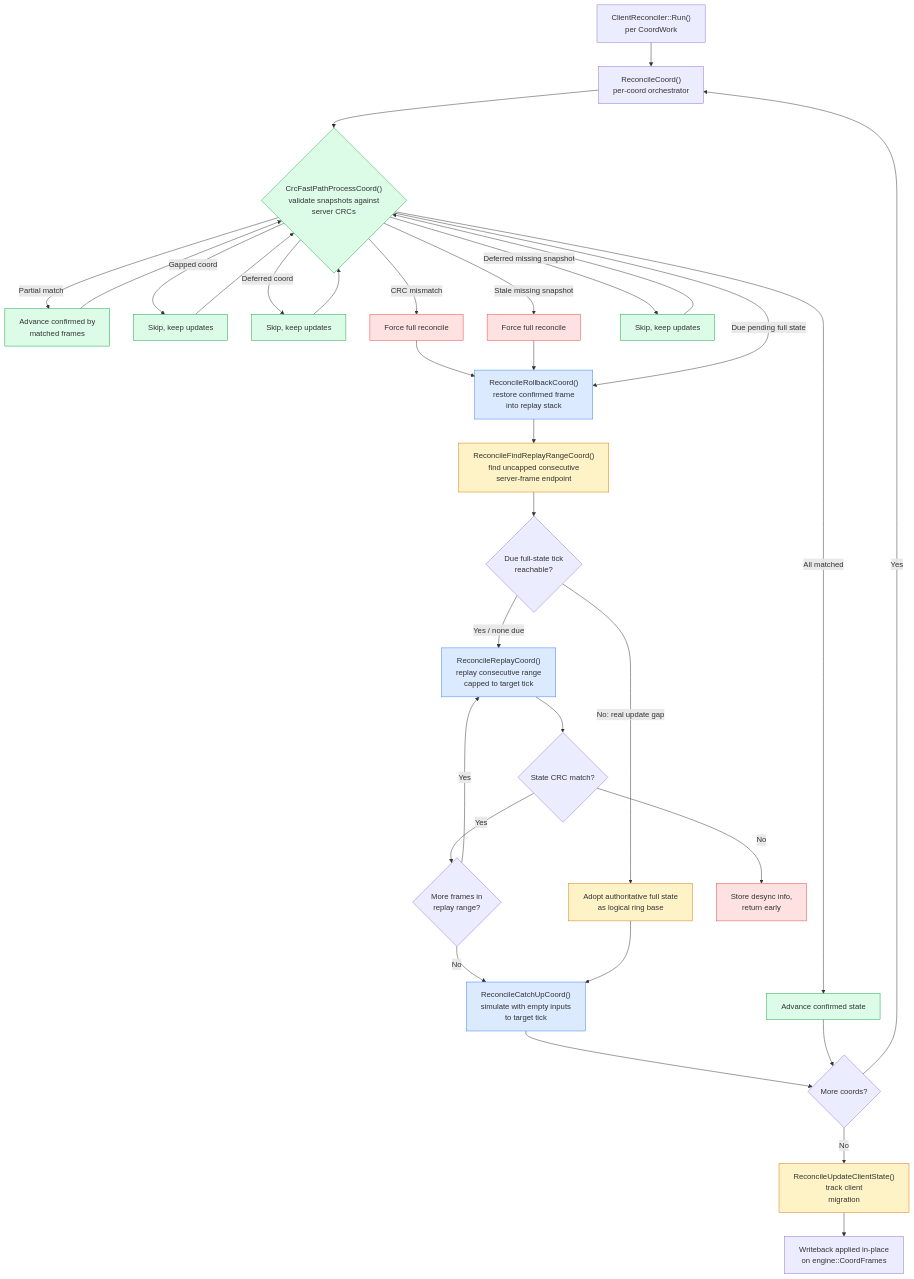
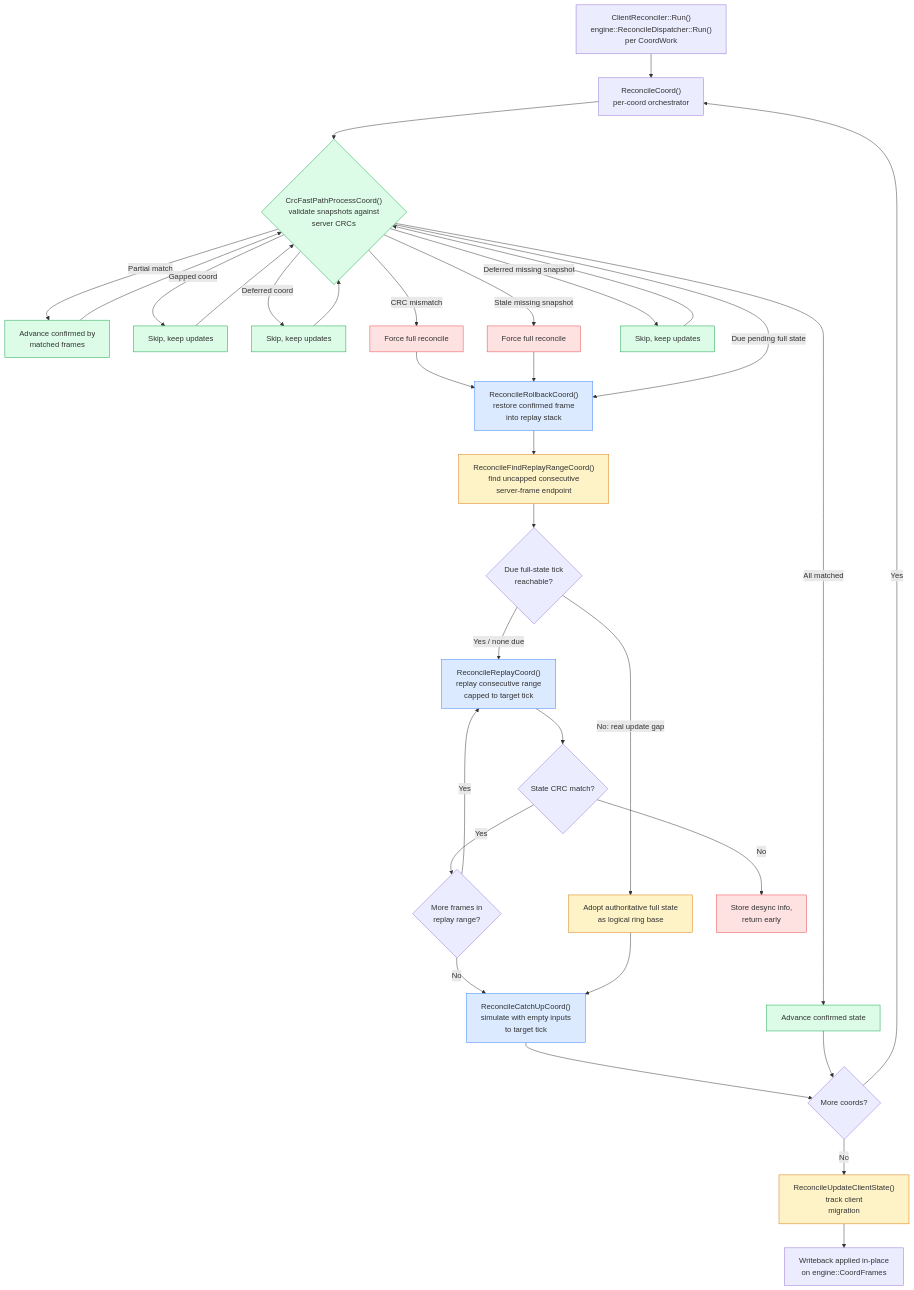
The first of 5 diagrams in Documents/Architecture/GameReconciliation.md (DougTanner/BrokenEngine), drawn with Mermaid before and after one commit. The commit also changed other lines of this file and 128 other files, not shown here.

````diff
--- a/Documents/Architecture/GameReconciliation.md
+++ b/Documents/Architecture/GameReconciliation.md
@@ -9,54 +9,54 @@
 ```mermaid
 %%{init: {'theme': 'default'}}%%
 flowchart TD
     classDef fastpath fill:#dcfce7,stroke:#16a34a
     classDef replay fill:#dbeafe,stroke:#3b82f6
     classDef error fill:#fee2e2,stroke:#ef4444
     classDef state fill:#fef3c7,stroke:#d97706
 
-    START["ClientReconciler::Run()<br/>per CoordWork"] --> COORD["ReconcileCoord()<br/>per-coord orchestrator"]
+    START["ClientReconciler::Run()<br/>engine::ReconcileDispatcher::Run()<br/>per CoordWork"] --> COORD["ReconcileCoord()<br/>per-coord orchestrator"]
 
     COORD --> CRC
 
     CRC{"CrcFastPathProcessCoord()<br/>validate snapshots against<br/>server CRCs"}:::fastpath
     CRC -->|"All matched"| FASTDONE["Advance confirmed state"]:::fastpath
     CRC -->|"Partial match"| PARTIAL["Advance confirmed by<br/>matched frames"]:::fastpath
     PARTIAL --> CRC
     CRC -->|"Gapped coord"| GAPSKIP["Skip, keep updates"]:::fastpath
     GAPSKIP --> CRC
     CRC -->|"Deferred coord"| DEFERRED["Skip, keep updates"]:::fastpath
     DEFERRED --> CRC
     CRC -->|"CRC mismatch"| MISMATCH["Force full reconcile"]:::error
     MISMATCH --> ROLLBACK
     CRC -->|"Stale missing snapshot"| STALENOSNAPSHOT["Force full reconcile"]:::error
     STALENOSNAPSHOT --> ROLLBACK
     CRC -->|"Deferred missing snapshot"| DEFNOSNAPSHOT["Skip, keep updates"]:::fastpath
     DEFNOSNAPSHOT --> CRC
     CRC -->|"Due pending full state"| ROLLBACK
 
     ROLLBACK["ReconcileRollbackCoord()<br/>restore confirmed frame<br/>into replay stack"]:::replay --> FINDRANGE
 
     FINDRANGE["ReconcileFindReplayRangeCoord()<br/>find uncapped consecutive<br/>server-frame endpoint"]:::state --> REACHABLE{"Due full-state tick<br/>reachable?"}
 
     REACHABLE -->|"Yes / none due"| REPLAY
     REACHABLE -->|"No: real update gap"| ADOPT["Adopt authoritative full state<br/>as logical ring base"]:::state
 
     REPLAY["ReconcileReplayCoord()<br/>replay consecutive range<br/>capped to target tick"]:::replay
 
     REPLAY --> CRCCHECK{"State CRC match?"}
     CRCCHECK -->|"Yes"| NEXTSRV{"More frames in<br/>replay range?"}
     CRCCHECK -->|"No"| DESYNC["Store desync info,<br/>return early"]:::error
 
     NEXTSRV -->|"Yes"| REPLAY
     NEXTSRV -->|"No"| CATCHUP
     ADOPT --> CATCHUP
 
     CATCHUP["ReconcileCatchUpCoord()<br/>simulate with empty inputs<br/>to target tick"]:::replay
 
     CATCHUP --> NEXTCOORD{"More coords?"}
     NEXTCOORD -->|"Yes"| COORD
     NEXTCOORD -->|"No"| CLIENTSTATE["ReconcileUpdateClientState()<br/>track client<br/>migration"]:::state
 
     CLIENTSTATE --> DONE["Writeback applied in-place<br/>on engine::CoordFrames"]
     FASTDONE --> NEXTCOORD
 ```
````
